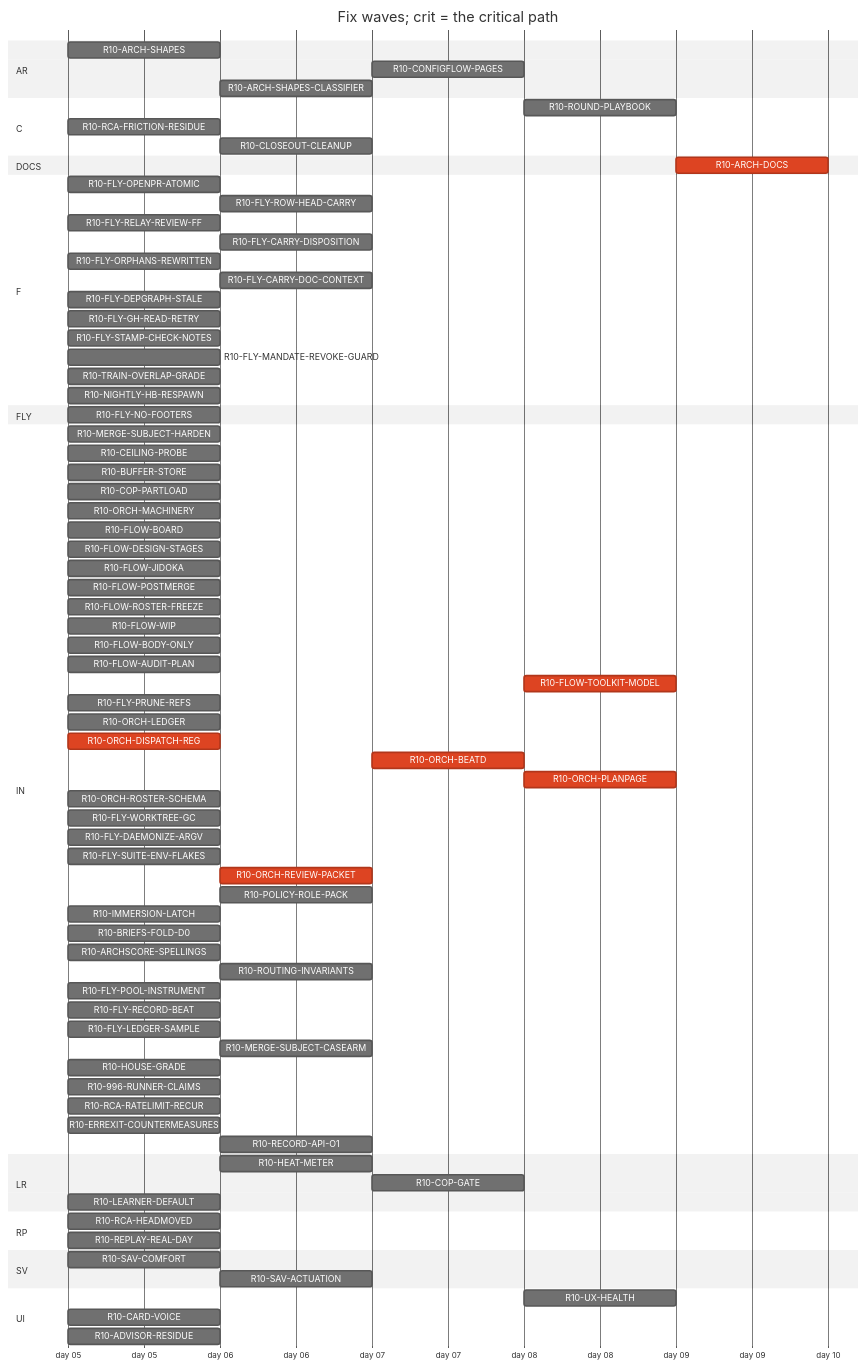
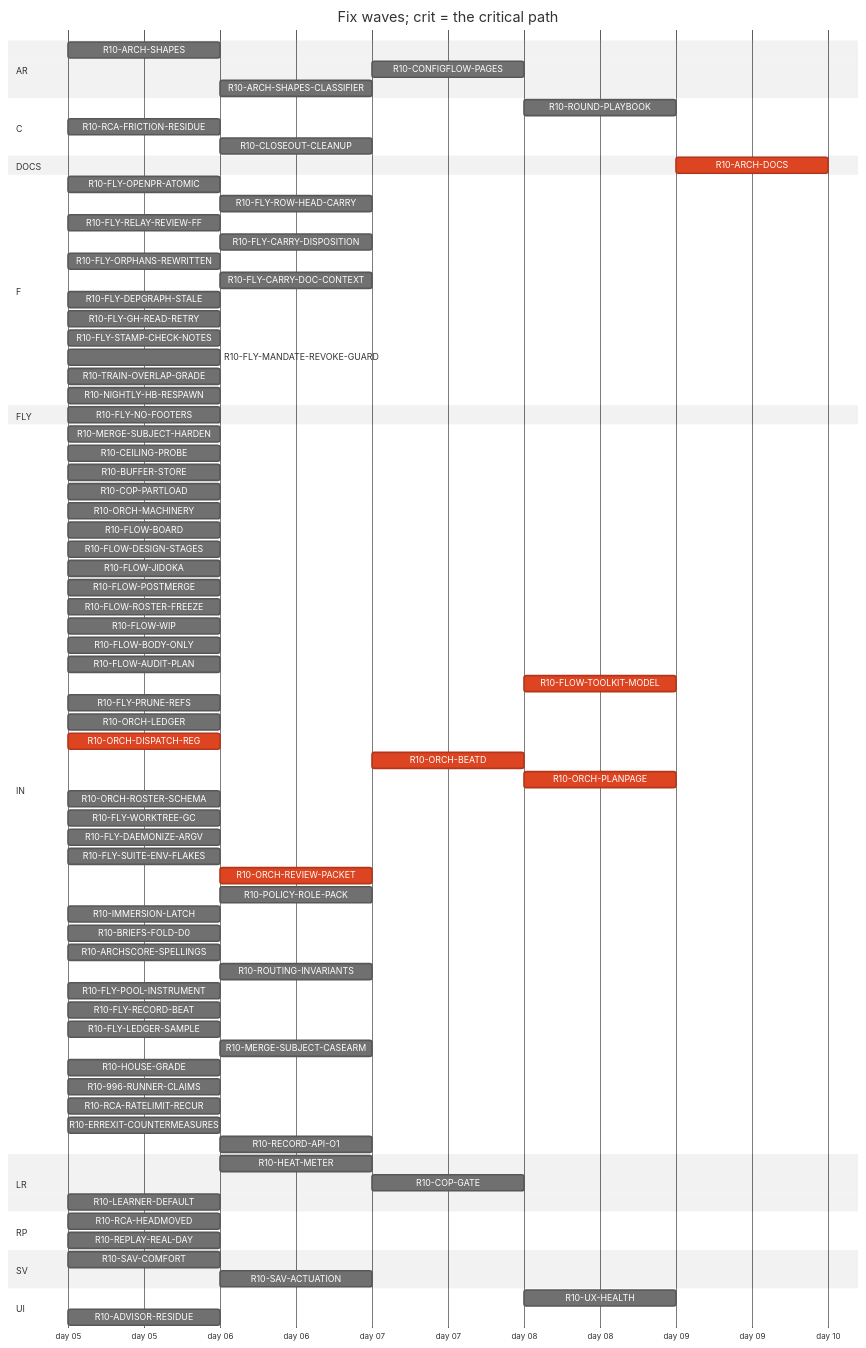
The diagram in handoff/round10/state/PLAN-TABLE.md (tvofi/heatpump_optimizer), drawn with Mermaid (neutral theme) before and after one commit. The commit also changed other lines of this file and 2 other files, not shown here.

````diff
--- a/handoff/round10/state/PLAN-TABLE.md
+++ b/handoff/round10/state/PLAN-TABLE.md
@@ -34,7 +34,7 @@
     R10-RCA-FRICTION-RESIDUE :r10RCAFRICTIONRESIDUE, 2026-01-05, 1d
     R10-CLOSEOUT-CLEANUP :r10CLOSEOUTCLEANUP, after r10FLYPRUNEREFS r10FLYWORKTREEGC, 1d
   section DOCS
-    R10-ARCH-DOCS :crit, r10ARCHDOCS, after r10ARCHSHAPES r10HEATMETER r10COPGATE r10UXHEALTH r10CONFIGFLOWPAGES r10RCAHEADMOVED r10SAVCOMFORT r10MERGESUBJECTHARDEN r10CEILINGPROBE r10BUFFERSTORE r10COPPARTLOAD r10CARDVOICE r10LEARNERDEFAULT r10FLOWBOARD r10FLOWDESIGNSTAGES r10FLOWJIDOKA r10FLOWPOSTMERGE r10FLOWROSTERFREEZE r10FLOWWIP r10FLOWBODYONLY r10FLYOPENPRATOMIC r10FLYROWHEADCARRY r10FLOWAUDITPLAN r10FLYRELAYREVIEWFF r10FLYCARRYDISPOSITION r10FLYORPHANSREWRITTEN r10FLYCARRYDOCCONTEXT r10FLYDEPGRAPHSTALE r10FLOWTOOLKITMODEL r10FLYSTAMPCHECKNOTES r10FLYMANDATEREVOKEGUARD r10RCAFRICTIONRESIDUE r10TRAINOVERLAPGRADE r10NIGHTLYHBRESPAWN r10FLYPRUNEREFS r10ORCHLEDGER r10ORCHDISPATCHREG r10ORCHBEATD r10ORCHPLANPAGE r10ORCHROSTERSCHEMA r10FLYWORKTREEGC r10FLYDAEMONIZEARGV r10ORCHREVIEWPACKET r10POLICYROLEPACK r10IMMERSIONLATCH r10ADVISORRESIDUE r10BRIEFSFOLDD0 r10REPLAYREALDAY r10ARCHSCORESPELLINGS r10SAVACTUATION r10FLYLEDGERSAMPLE, 1d
+    R10-ARCH-DOCS :crit, r10ARCHDOCS, after r10ARCHSHAPES r10HEATMETER r10COPGATE r10UXHEALTH r10CONFIGFLOWPAGES r10RCAHEADMOVED r10SAVCOMFORT r10MERGESUBJECTHARDEN r10CEILINGPROBE r10BUFFERSTORE r10COPPARTLOAD r10LEARNERDEFAULT r10FLOWBOARD r10FLOWDESIGNSTAGES r10FLOWJIDOKA r10FLOWPOSTMERGE r10FLOWROSTERFREEZE r10FLOWWIP r10FLOWBODYONLY r10FLYOPENPRATOMIC r10FLYROWHEADCARRY r10FLOWAUDITPLAN r10FLYRELAYREVIEWFF r10FLYCARRYDISPOSITION r10FLYORPHANSREWRITTEN r10FLYCARRYDOCCONTEXT r10FLYDEPGRAPHSTALE r10FLOWTOOLKITMODEL r10FLYSTAMPCHECKNOTES r10FLYMANDATEREVOKEGUARD r10RCAFRICTIONRESIDUE r10TRAINOVERLAPGRADE r10NIGHTLYHBRESPAWN r10FLYPRUNEREFS r10ORCHLEDGER r10ORCHDISPATCHREG r10ORCHBEATD r10ORCHPLANPAGE r10ORCHROSTERSCHEMA r10FLYWORKTREEGC r10FLYDAEMONIZEARGV r10ORCHREVIEWPACKET r10POLICYROLEPACK r10IMMERSIONLATCH r10ADVISORRESIDUE r10BRIEFSFOLDD0 r10REPLAYREALDAY r10ARCHSCORESPELLINGS r10SAVACTUATION r10FLYLEDGERSAMPLE, 1d
   section F
     R10-FLY-OPENPR-ATOMIC :r10FLYOPENPRATOMIC, 2026-01-05, 1d
     R10-FLY-ROW-HEAD-CARRY :r10FLYROWHEADCARRY, after r10FLYOPENPRATOMIC, 1d
@@ -101,6 +101,5 @@
     R10-SAV-ACTUATION :r10SAVACTUATION, after r10SAVCOMFORT, 1d
   section UI
     R10-UX-HEALTH :r10UXHEALTH, after r10COPGATE r10HEATMETER, 1d
-    R10-CARD-VOICE :r10CARDVOICE, 2026-01-05, 1d
     R10-ADVISOR-RESIDUE :r10ADVISORRESIDUE, 2026-01-05, 1d
 ```
````
